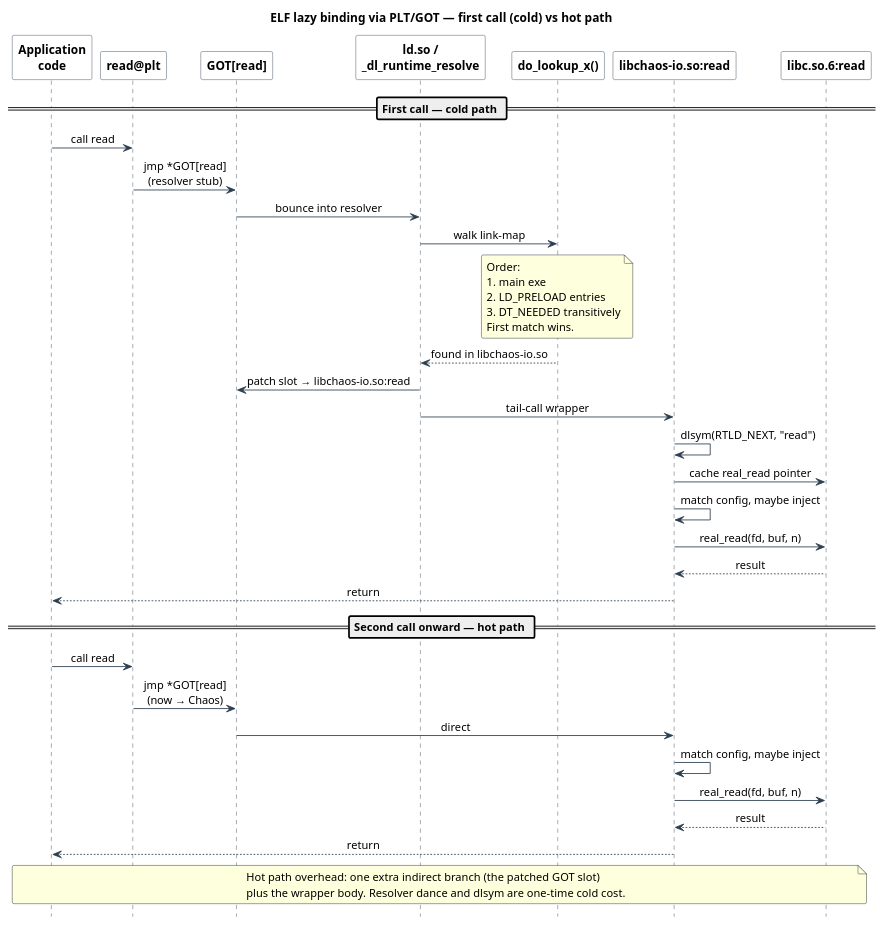
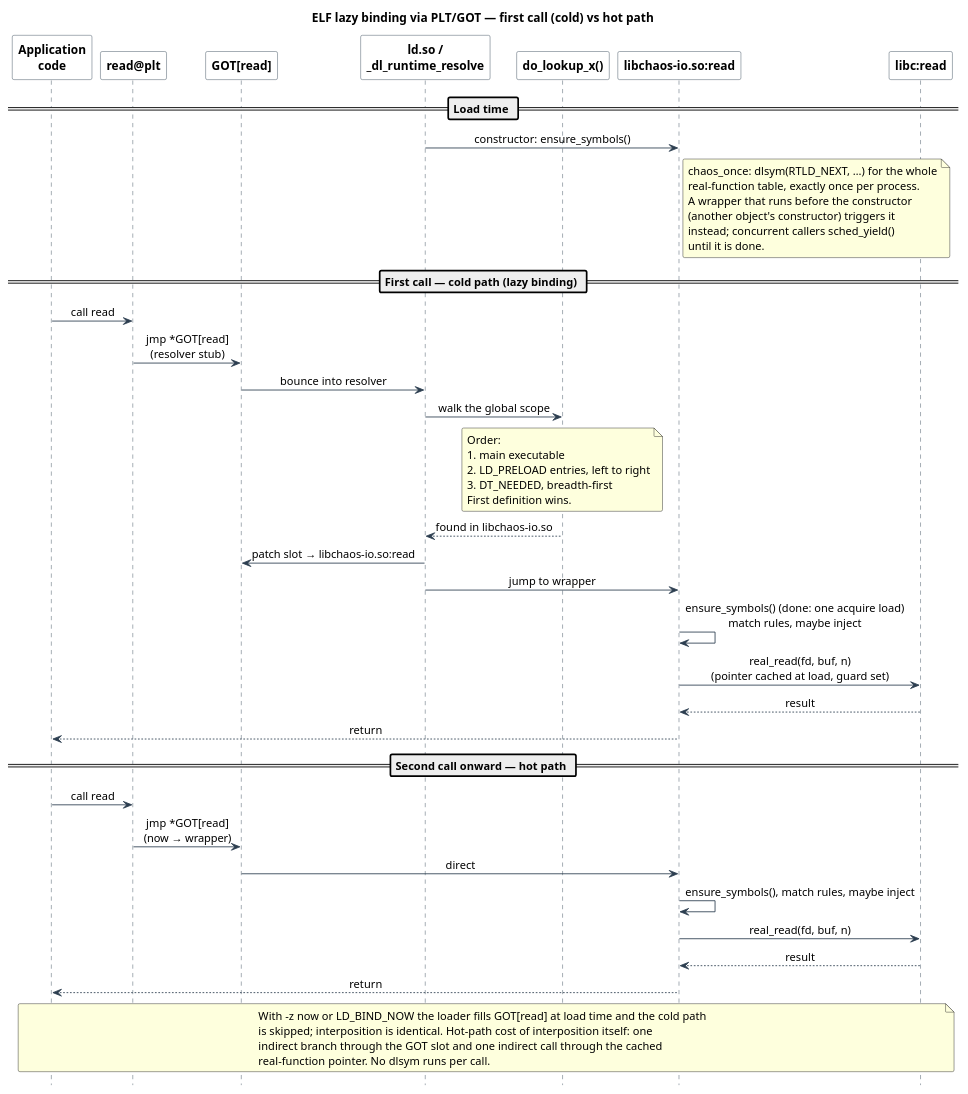
One commit to macstab/macstab-chaos-testing-libraries changed the diagram in docs/diagrams/linkmap.puml. Above: the diagram before and after it, drawn with PlantUML. The commit also changed 14 other files, not shown here.

Commit message:
docs: rewrite architecture, safety, platform and engineering docs; redraw diagrams

```diff
--- a/docs/diagrams/linkmap.puml
+++ b/docs/diagrams/linkmap.puml
@@ -1,72 +1,85 @@
 @startuml linkmap
 '
 ' Engineered by  Christian Schnapka
 '                Embedded Principal+ Engineer
 '                Macstab GmbH · Hamburg, Germany
 '                https://macstab.com
 '
-' ELF lazy binding via PLT/GOT — first call (cold path) vs hot path
-' under LD_PRELOAD interposition.
+' ELF lazy binding via PLT/GOT under LD_PRELOAD interposition: when the
+' real-function table is resolved, the first call (cold path) and every
+' later call (hot path).
 '
-' Reference: docs/PLATFORM.md §1.4
+' Reference: docs/PLATFORM.md §1.2-§1.4
+'            src/core/chaos_io.c (chaos_io_ensure_symbols), src/common/chaos_once.h
 '
 title ELF lazy binding via PLT/GOT — first call (cold) vs hot path
 
 skinparam sequenceMessageAlign center
 skinparam shadowing false
 skinparam roundCorner 4
 skinparam sequence {
   ArrowColor                 #2C3E50
   LifeLineBorderColor        #2C3E50
   LifeLineBackgroundColor    #ECF0F1
   ParticipantBorderColor     #2C3E50
   ParticipantBackgroundColor #FFFFFF
   ParticipantFontStyle       bold
 }
 hide footbox
 
 participant "Application\ncode"            as App
 participant "read@plt"                     as PLT
 participant "GOT[read]"                    as GOT
 participant "ld.so /\n_dl_runtime_resolve" as Ldso
 participant "do_lookup_x()"                as Lookup
 participant "libchaos-io.so:read"          as Chaos
-participant "libc.so.6:read"               as Glibc
+participant "libc:read"                    as Glibc
 
-== First call — cold path ==
+== Load time ==
+Ldso   ->  Chaos  : constructor: ensure_symbols()
+note right of Chaos
+  chaos_once: dlsym(RTLD_NEXT, …) for the whole
+  real-function table, exactly once per process.
+  A wrapper that runs before the constructor
+  (another object's constructor) triggers it
+  instead; concurrent callers sched_yield()
+  until it is done.
+end note
+
+== First call — cold path (lazy binding) ==
 App    ->  PLT    : call read
 PLT    ->  GOT    : jmp *GOT[read]\n(resolver stub)
 GOT    ->  Ldso   : bounce into resolver
-Ldso   ->  Lookup : walk link-map
+Ldso   ->  Lookup : walk the global scope
 note over Lookup
   Order:
-  1. main exe
-  2. LD_PRELOAD entries
-  3. DT_NEEDED transitively
-  First match wins.
+  1. main executable
+  2. LD_PRELOAD entries, left to right
+  3. DT_NEEDED, breadth-first
+  First definition wins.
 end note
 Lookup --> Ldso   : found in libchaos-io.so
 Ldso   ->  GOT    : patch slot → libchaos-io.so:read
-Ldso   ->  Chaos  : tail-call wrapper
-Chaos  ->  Chaos  : dlsym(RTLD_NEXT, "read")
-Chaos  ->  Glibc  : cache real_read pointer
-Chaos  ->  Chaos  : match config, maybe inject
-Chaos  ->  Glibc  : real_read(fd, buf, n)
+Ldso   ->  Chaos  : jump to wrapper
+Chaos  ->  Chaos  : ensure_symbols() (done: one acquire load)\nmatch rules, maybe inject
+Chaos  ->  Glibc  : real_read(fd, buf, n)\n(pointer cached at load, guard set)
 Glibc  --> Chaos  : result
 Chaos  --> App    : return
 
 == Second call onward — hot path ==
 App    ->  PLT    : call read
-PLT    ->  GOT    : jmp *GOT[read]\n(now → Chaos)
+PLT    ->  GOT    : jmp *GOT[read]\n(now → wrapper)
 GOT    ->  Chaos  : direct
-Chaos  ->  Chaos  : match config, maybe inject
+Chaos  ->  Chaos  : ensure_symbols(), match rules, maybe inject
 Chaos  ->  Glibc  : real_read(fd, buf, n)
 Glibc  --> Chaos  : result
 Chaos  --> App    : return
 
 note across
-  Hot path overhead: one extra indirect branch (the patched GOT slot)
-  plus the wrapper body. Resolver dance and dlsym are one-time cold cost.
+  With -z now or LD_BIND_NOW the loader fills GOT[read] at load time and the cold path
+  is skipped; interposition is identical. Hot-path cost of interposition itself: one
+  indirect branch through the GOT slot and one indirect call through the cached
+  real-function pointer. No dlsym runs per call.
 end note
 
 @enduml
```
